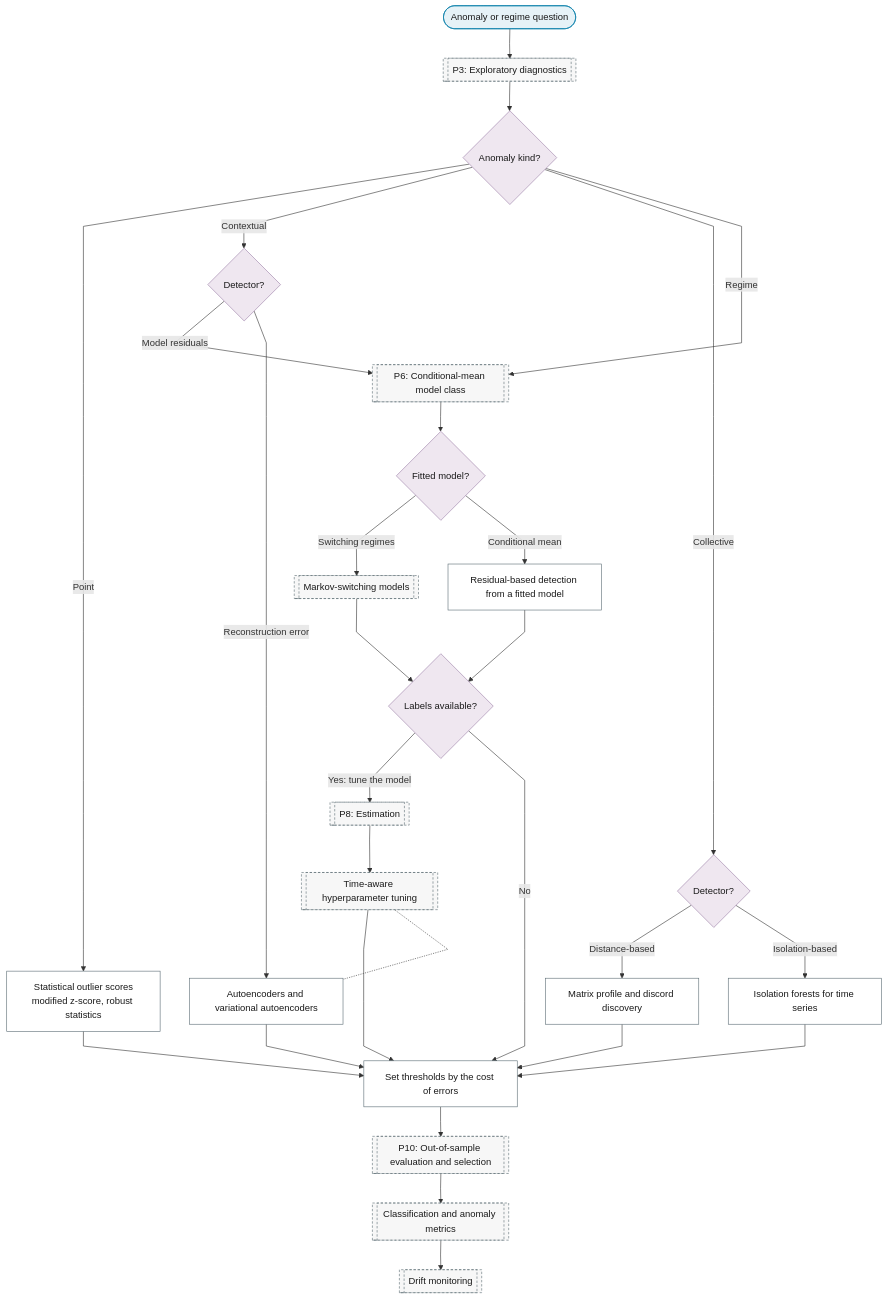
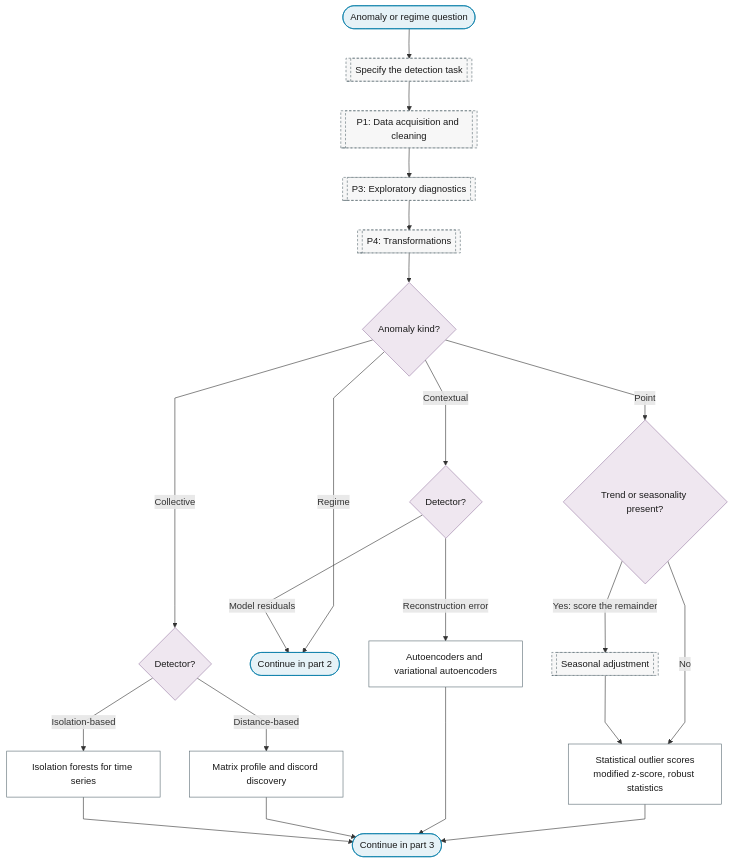
One commit to Shuxin-Y/time-series-analysis-manual changed the first of 3 diagrams in docs/01-workflow/p00-purpose/05-anomaly-regime-detection.md. Above: the diagram before and after it, drawn with Mermaid. The commit also changed other lines of this file and 20 other files, not shown here.

````diff
--- a/docs/01-workflow/p00-purpose/05-anomaly-regime-detection.md
+++ b/docs/01-workflow/p00-purpose/05-anomaly-regime-detection.md
@@ -7,39 +9,33 @@
 ```mermaid
 %%{init: {"flowchart": {"curve": "linear"}}}%%
 graph TD
-    P0_AN_IN(["Anomaly or regime question"]) --> P3[["P3: Exploratory diagnostics"]]
-    P3 --> P0_AN_KIND{"Anomaly kind?"}
-    P0_AN_KIND -->|"Point"| P0_AN_STATISTICAL["Statistical outlier scores<br/>modified z-score, robust statistics"]
+    P0_AN_IN(["Anomaly or regime question"]) --> P0_DETECTION_TASK[["Specify the detection task"]]
+    P0_DETECTION_TASK --> P1[["P1: Data acquisition and cleaning"]]
+    P1 --> P3[["P3: Exploratory diagnostics"]]
+    P3 --> P4[["P4: Transformations"]]
+    P4 --> P0_AN_KIND{"Anomaly kind?"}
+    P0_AN_KIND -->|"Point"| P0_AN_SEASONAL{"Trend or seasonality present?"}
     P0_AN_KIND -->|"Contextual"| P0_AN_CONTEXT{"Detector?"}
     P0_AN_KIND -->|"Collective"| P0_AN_COLLECTIVE{"Detector?"}
-    P0_AN_KIND -->|"Regime"| P6[["P6: Conditional-mean model class"]]
-    P0_AN_CONTEXT -->|"Model residuals"| P6
+    P0_AN_KIND -->|"Regime"| P0_AN_TO_PART_2(["Continue in part 2"])
+    P0_AN_SEASONAL -->|"Yes: score the remainder"| P4_SEASONAL_ADJUSTMENT[["Seasonal adjustment"]]
+    P0_AN_SEASONAL -->|"No"| P0_AN_STATISTICAL
+    P4_SEASONAL_ADJUSTMENT --> P0_AN_STATISTICAL["Statistical outlier scores<br/>modified z-score, robust statistics"]
+    P0_AN_CONTEXT -->|"Model residuals"| P0_AN_TO_PART_2
     P0_AN_CONTEXT -->|"Reconstruction error"| P0_AN_AUTOENCODER["Autoencoders and variational autoencoders"]
-    P6 --> P0_AN_FIT{"Fitted model?"}
-    P0_AN_FIT -->|"Switching regimes"| P6_MARKOV_SWITCHING[["Markov-switching models"]]
-    P0_AN_FIT -->|"Conditional mean"| P0_AN_RESIDUAL["Residual-based detection from a fitted model"]
     P0_AN_COLLECTIVE -->|"Distance-based"| P0_AN_MATRIX_PROFILE["Matrix profile and discord discovery"]
     P0_AN_COLLECTIVE -->|"Isolation-based"| P0_AN_ISOLATION_FOREST["Isolation forests for time series"]
-    P0_AN_RESIDUAL & P6_MARKOV_SWITCHING --> P0_AN_LABELS{"Labels available?"}
-    P0_AN_LABELS -->|"Yes: tune the model"| P8[["P8: Estimation"]]
-    P0_AN_LABELS -->|"No"| P0_AN_THRESHOLD
-    P8 --> P8_HYPERPARAMETERS[["Time-aware hyperparameter tuning"]]
-    P8_HYPERPARAMETERS --> P0_AN_THRESHOLD["Set thresholds by the cost of errors"]
-    P8_HYPERPARAMETERS[["Time-aware hyperparameter tuning"]] -.- P0_AN_AUTOENCODER
-    P0_AN_STATISTICAL & P0_AN_AUTOENCODER & P0_AN_MATRIX_PROFILE & P0_AN_ISOLATION_FOREST --> P0_AN_THRESHOLD
-    P0_AN_THRESHOLD --> P10[["P10: Out-of-sample evaluation and selection"]]
-    P10 --> P10_CLASSIFICATION_METRICS[["Classification and anomaly metrics"]]
-    P10_CLASSIFICATION_METRICS --> P12_DRIFT_MONITORING[["Drift monitoring"]]
-    class P0_AN_IN terminator
-    class P0_AN_KIND,P0_AN_CONTEXT,P0_AN_COLLECTIVE,P0_AN_FIT,P0_AN_LABELS decision
-    class P0_AN_STATISTICAL,P0_AN_AUTOENCODER,P0_AN_RESIDUAL,P0_AN_MATRIX_PROFILE,P0_AN_ISOLATION_FOREST,P0_AN_THRESHOLD process
-    class P3,P6,P6_MARKOV_SWITCHING,P8,P8_HYPERPARAMETERS,P10,P10_CLASSIFICATION_METRICS,P12_DRIFT_MONITORING ref
+    P0_AN_STATISTICAL & P0_AN_AUTOENCODER & P0_AN_MATRIX_PROFILE & P0_AN_ISOLATION_FOREST --> P0_AN_TO_PART_3(["Continue in part 3"])
+    class P0_AN_IN,P0_AN_TO_PART_2,P0_AN_TO_PART_3 terminator
+    class P0_AN_KIND,P0_AN_SEASONAL,P0_AN_CONTEXT,P0_AN_COLLECTIVE decision
+    class P0_AN_STATISTICAL,P0_AN_AUTOENCODER,P0_AN_MATRIX_PROFILE,P0_AN_ISOLATION_FOREST process
+    class P0_DETECTION_TASK,P1,P3,P4,P4_SEASONAL_ADJUSTMENT ref
     classDef terminator fill:#E6F2F7,stroke:#007BA7,color:#1A1A1A;
     classDef process fill:#FFFFFF,stroke:#5A6B73,color:#1A1A1A;
     classDef decision fill:#EFE7F0,stroke:#9B7FA7,color:#1A1A1A;
     classDef data fill:#FFF4E0,stroke:#C9A55E,color:#1A1A1A;
     classDef good fill:#DCEFD8,stroke:#4A7A3F,color:#1A1A1A;
     classDef escalate fill:#FFE9C2,stroke:#C9A55E,color:#1A1A1A;
     classDef problem fill:#F2D9DE,stroke:#800020,color:#1A1A1A;
     classDef ref fill:#F7F7F7,stroke:#5A6B73,color:#1A1A1A,stroke-dasharray:4 3;
 ```
````
